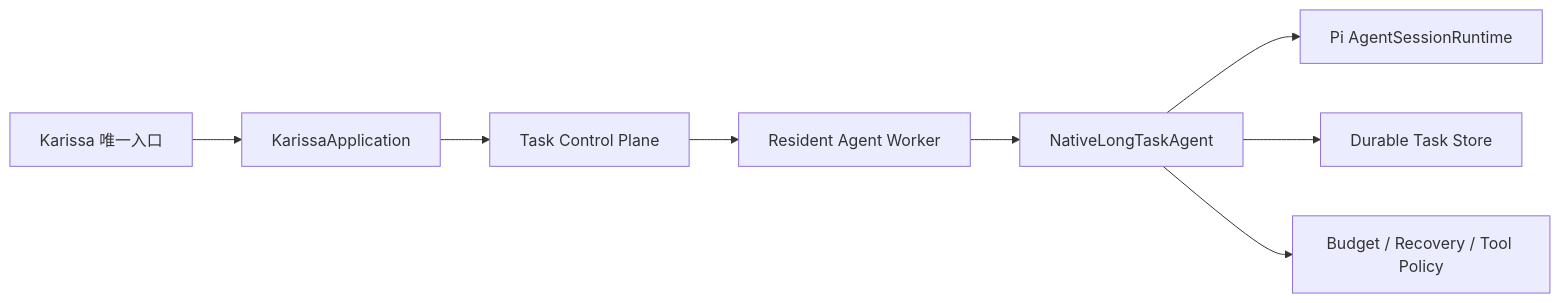
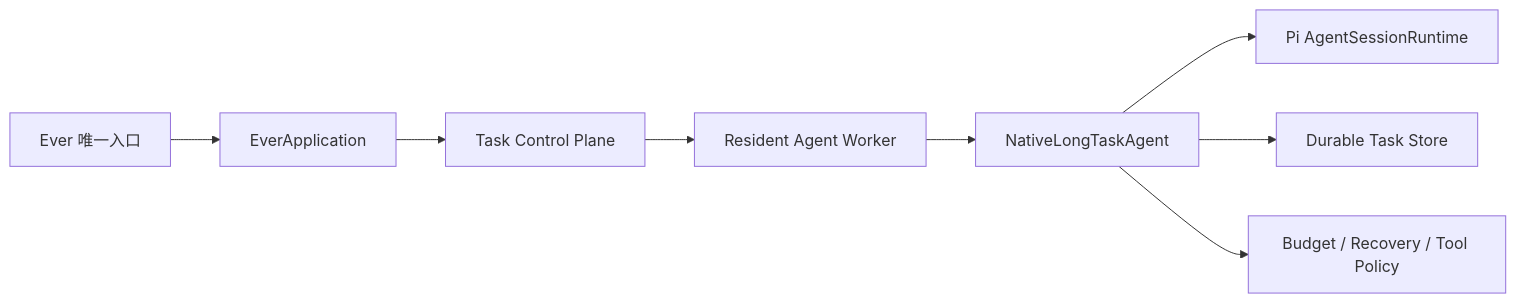
One commit to Lioooooo123/Ever changed the diagram in NATIVE_LONG_TASK_AGENT_ARCHITECTURE.md. Above: the diagram before and after it, drawn with Mermaid. The commit also changed other lines of this file and 96 other files, not shown here.

````diff
--- a/NATIVE_LONG_TASK_AGENT_ARCHITECTURE.md
+++ b/NATIVE_LONG_TASK_AGENT_ARCHITECTURE.md
@@ -108,10 +108,10 @@
 ```mermaid
 flowchart LR
-    Entry["Karissa 唯一入口"] --> App["KarissaApplication"]
+    Entry["Ever 唯一入口"] --> App["EverApplication"]
     App --> Control["Task Control Plane"]
     Control --> Worker["Resident Agent Worker"]
     Worker --> Native["NativeLongTaskAgent"]
     Native --> Pi["Pi AgentSessionRuntime"]
     Native --> Store["Durable Task Store"]
     Native --> Policy["Budget / Recovery / Tool Policy"]
 ```
````
